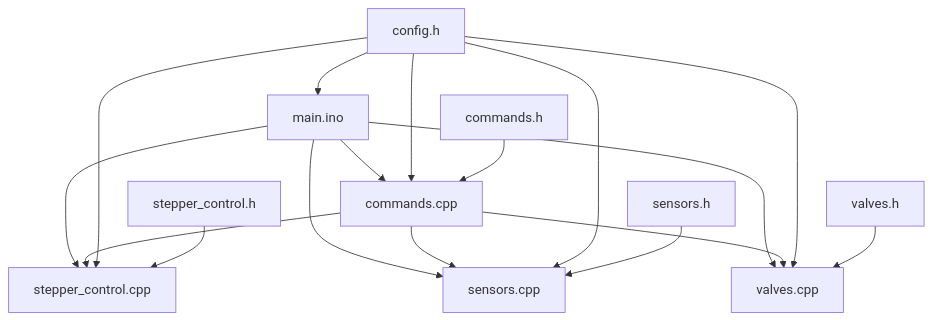
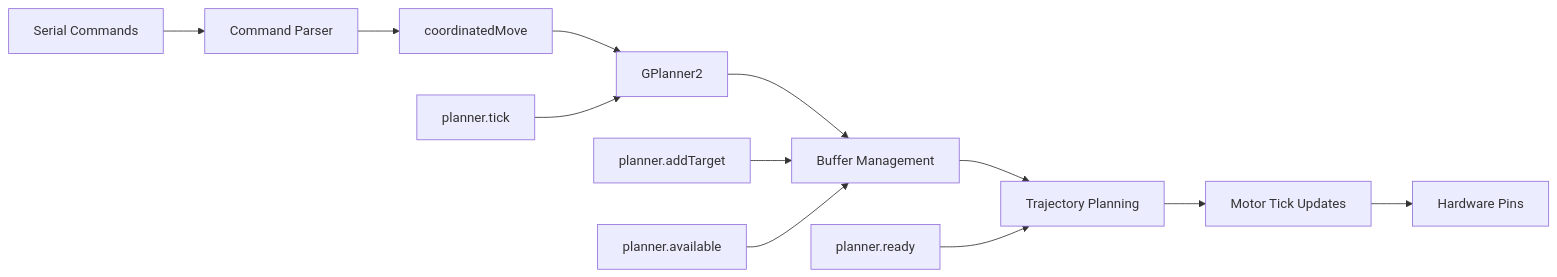
The second of 3 diagrams in arduino copy/docs/project.md (Homiakus/test_one24), drawn with Mermaid before and after one commit. The commit also changed other lines of this file and 5 other files, not shown here.

````diff
--- a/arduino copy/docs/project.md
+++ b/arduino copy/docs/project.md
@@ -11,22 +47,15 @@
 ```mermaid
-graph TB
-    A[main.ino] --> B[commands.cpp]
-    A --> C[stepper_control.cpp]
-    A --> D[sensors.cpp]
-    A --> E[valves.cpp]
+graph LR
+    A[Serial Commands] --> B[Command Parser]
+    B --> C[coordinatedMove]
+    C --> D[GPlanner2]
+    D --> E[Buffer Management]
+    E --> F[Trajectory Planning]
+    F --> G[Motor Tick Updates]
+    G --> H[Hardware Pins]
     
-    B --> C
-    B --> D
-    B --> E
-    
-    F[config.h] --> A
-    F --> B
-    F --> C
-    F --> D
-    F --> E
-    
-    G[commands.h] --> B
-    H[stepper_control.h] --> C
-    I[sensors.h] --> D
-    J[valves.h] --> E
+    I[planner.tick] --> D
+    J[planner.addTarget] --> E
+    K[planner.available] --> E
+    L[planner.ready] --> F
 ```
````
